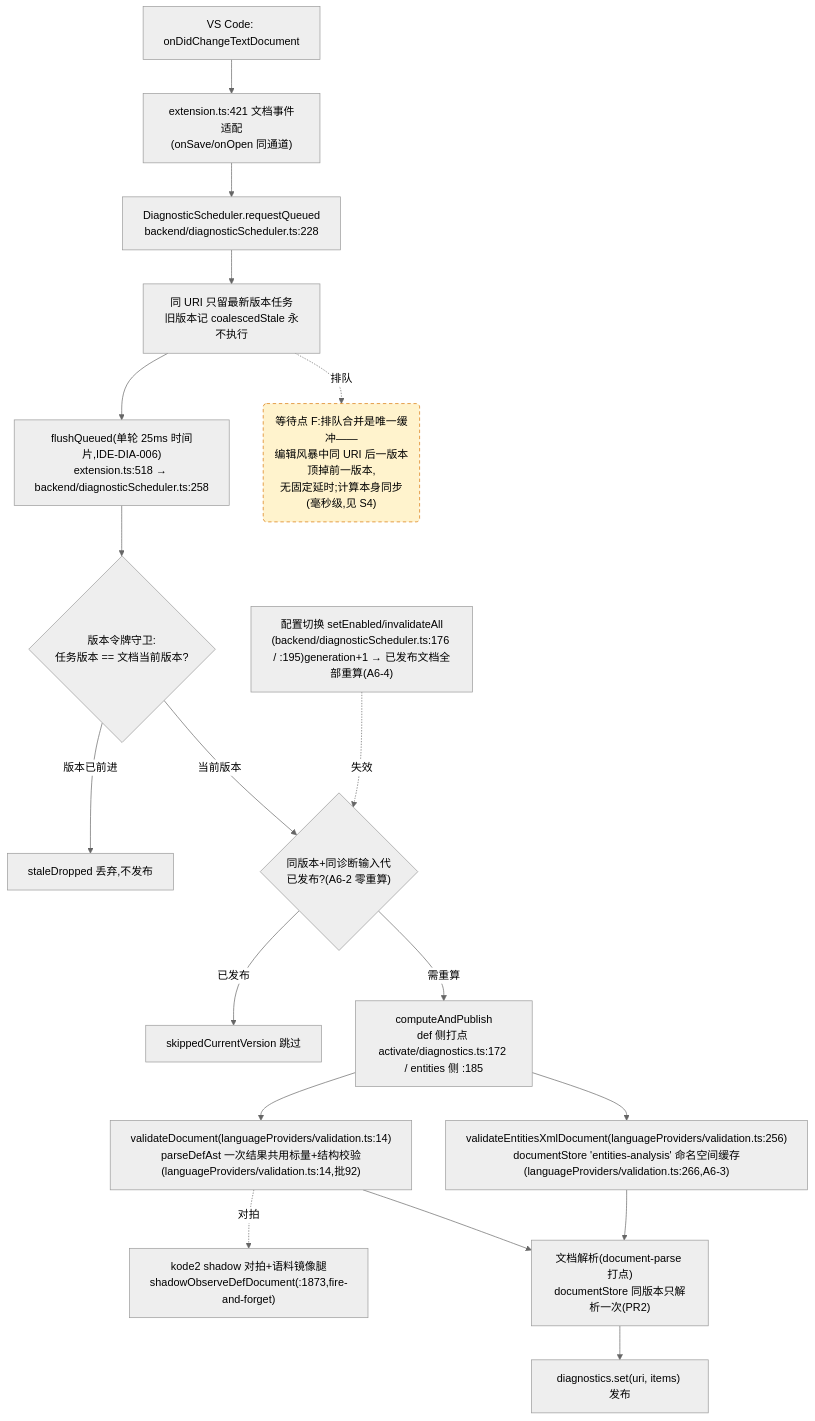
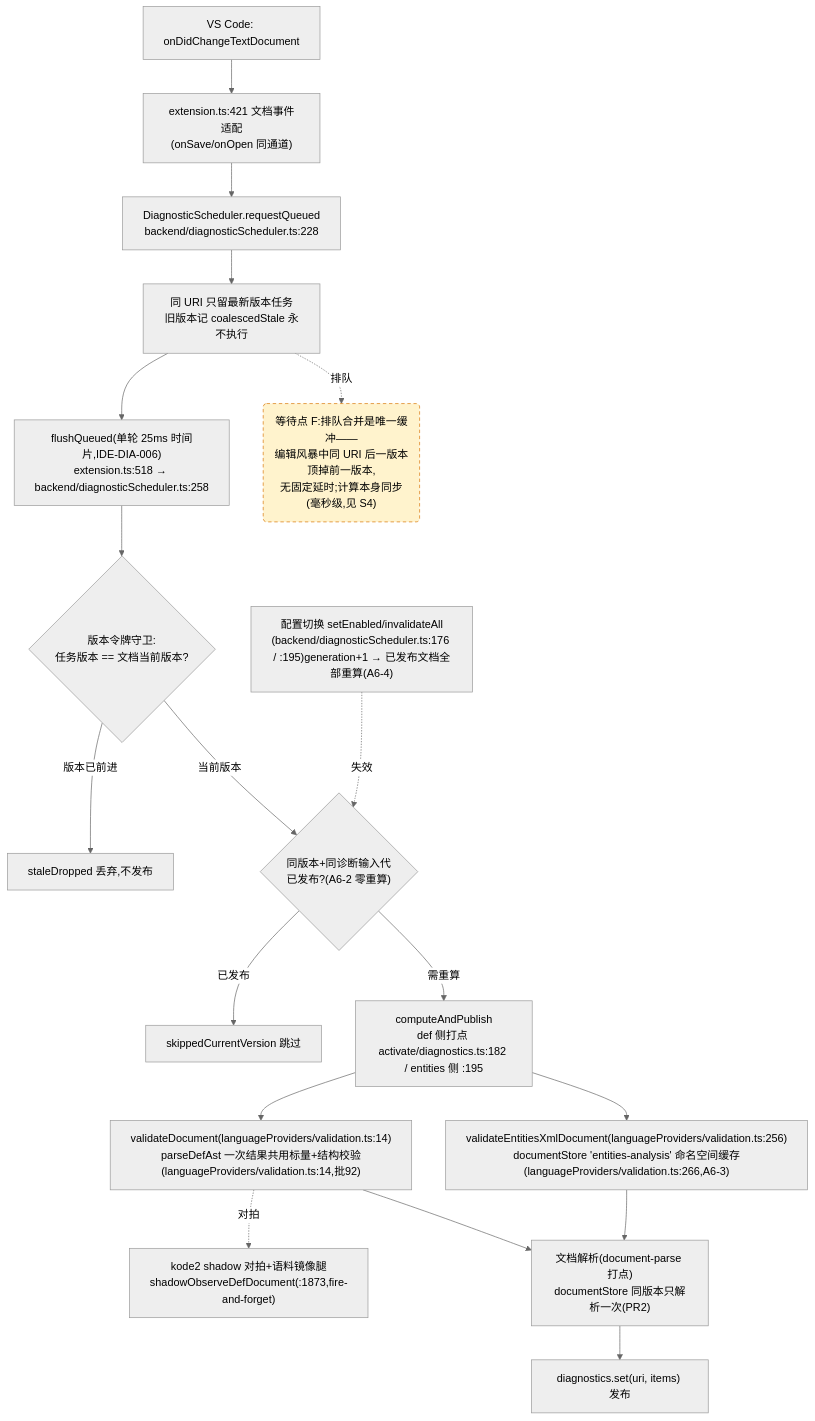
The fourth of 4 diagrams in docs/perf/2026-baseline.md (cuihairu/kode), drawn with Mermaid (neutral theme) before and after one commit. The commit also changed other lines of this file and 14 other files, not shown here.

````diff
--- a/docs/perf/2026-baseline.md
+++ b/docs/perf/2026-baseline.md
@@ -219,38 +219,38 @@
 ```mermaid
 flowchart TD
   CHG["VS Code: onDidChangeTextDocument"]
   WATCH["extension.ts:421 文档事件适配<br/>(onSave/onOpen 同通道)"]
   RQ["DiagnosticScheduler.requestQueued<br/>backend/diagnosticScheduler.ts:228"]
   CO["同 URI 只留最新版本任务<br/>旧版本记 coalescedStale 永不执行"]
   FL["flushQueued(单轮 25ms 时间片,IDE-DIA-006)<br/>extension.ts:518 → backend/diagnosticScheduler.ts:258"]
   VG{"版本令牌守卫:<br/>任务版本 == 文档当前版本?"}
   DROP["staleDropped 丢弃,不发布"]
   GEN{"同版本+同诊断输入代<br/>已发布?(A6-2 零重算)"}
   SKIP["skippedCurrentVersion 跳过"]
-  CALC["computeAndPublish<br/>def 侧打点 activate/diagnostics.ts:172 / entities 侧 :185"]
+  CALC["computeAndPublish<br/>def 侧打点 activate/diagnostics.ts:182 / entities 侧 :195"]
   VD["validateDocument(languageProviders/validation.ts:14)<br/>parseDefAst 一次结果共用标量+结构校验(languageProviders/validation.ts:14,批92)"]
   VEX["validateEntitiesXmlDocument(languageProviders/validation.ts:256)<br/>documentStore 'entities-analysis' 命名空间缓存(languageProviders/validation.ts:266,A6-3)"]
   SHDD["kode2 shadow 对拍+语料镜像腿<br/>shadowObserveDefDocument(:1873,fire-and-forget)"]
   DS["文档解析(document-parse 打点)<br/>documentStore 同版本只解析一次(PR2)"]
   PUB["diagnostics.set(uri, items) 发布"]
   CFG2["配置切换 setEnabled/invalidateAll<br/>(backend/diagnosticScheduler.ts:176 / :195)generation+1 → 已发布文档全部重算(A6-4)"]
 
   CHG --> WATCH --> RQ --> CO --> FL --> VG
   VG -- "版本已前进" --> DROP
   VG -- "当前版本" --> GEN
   GEN -- "已发布" --> SKIP
   GEN -- "需重算" --> CALC
   CALC --> VD
   CALC --> VEX
   VD --> DS
   VEX --> DS
   DS --> PUB
   VD -.->|对拍| SHDD
   CFG2 -.->|失效| GEN
 
   WAITF("等待点 F:排队合并是唯一缓冲——<br/>编辑风暴中同 URI 后一版本顶掉前一版本,<br/>无固定延时;计算本身同步(毫秒级,见 S4)")
   CO -.->|排队| WAITF
 
   classDef waitPoint fill:#fff3cd,stroke:#d97706,stroke-dasharray:5 4;
   class WAITF waitPoint;
 ```
````
